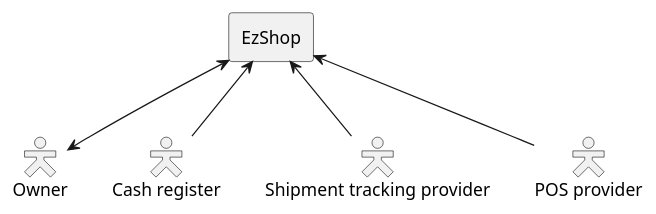
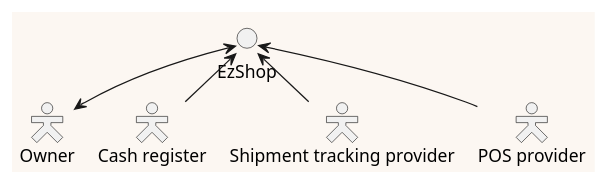
The first of 3 diagrams in Requirements.md (Giuseppeclv008/Project), drawn with PlantUML before and after one commit. The commit also changed other lines of this file and 4 other files, not shown here.

Commit message:
feat: added deploymentDiagram

````diff
--- a/Requirements.md
+++ b/Requirements.md
@@ -89,18 +90,21 @@
 ```plantuml
 
-@startuml
+@startuml contextDiagram
+!pragma layout smetana
+skinparam backgroundColor #fcf7f2
 skinparam actorStyle hollow
-rectangle "EzShop" as system
+
+circle "EzShop" as system
 actor "Owner" as owner
 actor "Cash register" as register
 actor "Shipment tracking provider" as shipping
 actor "POS provider" as posProvider
 
 system <--> owner
 system <-- register
 system <-- shipping
 system <-- posProvider 
 
 'comment
 @enduml
 ```
````
